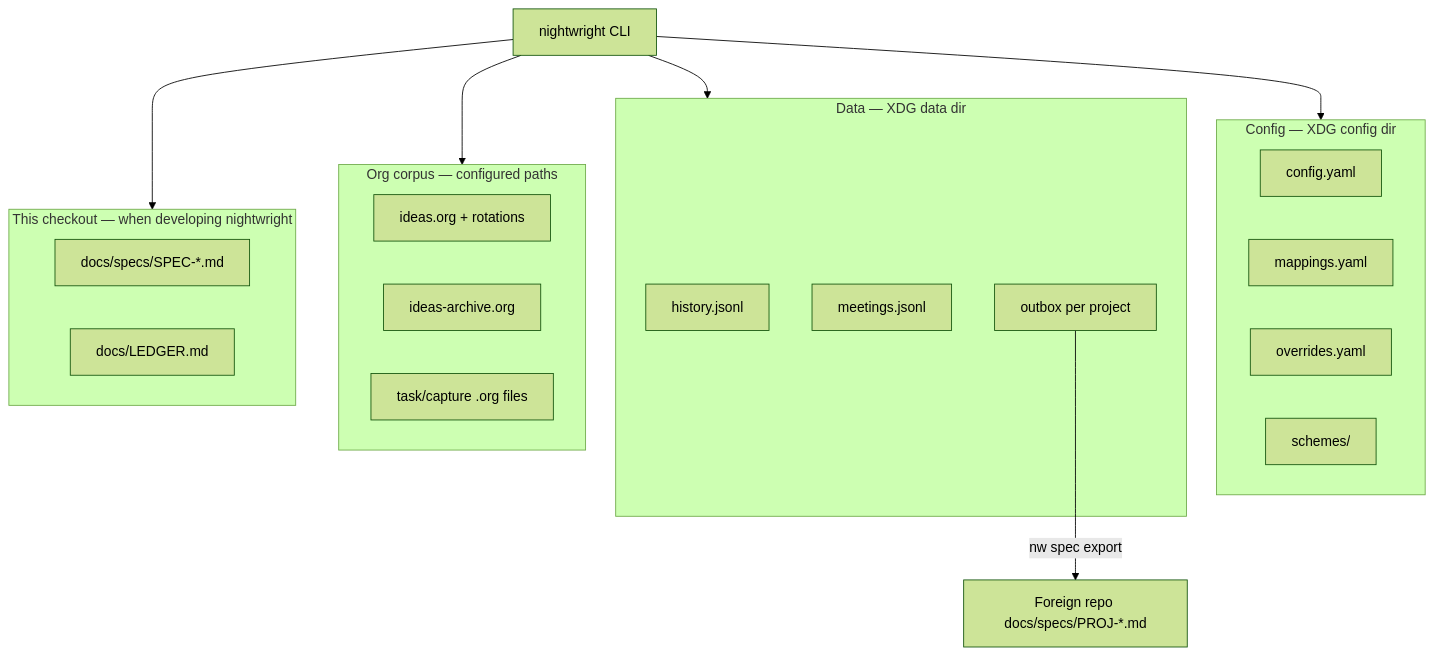
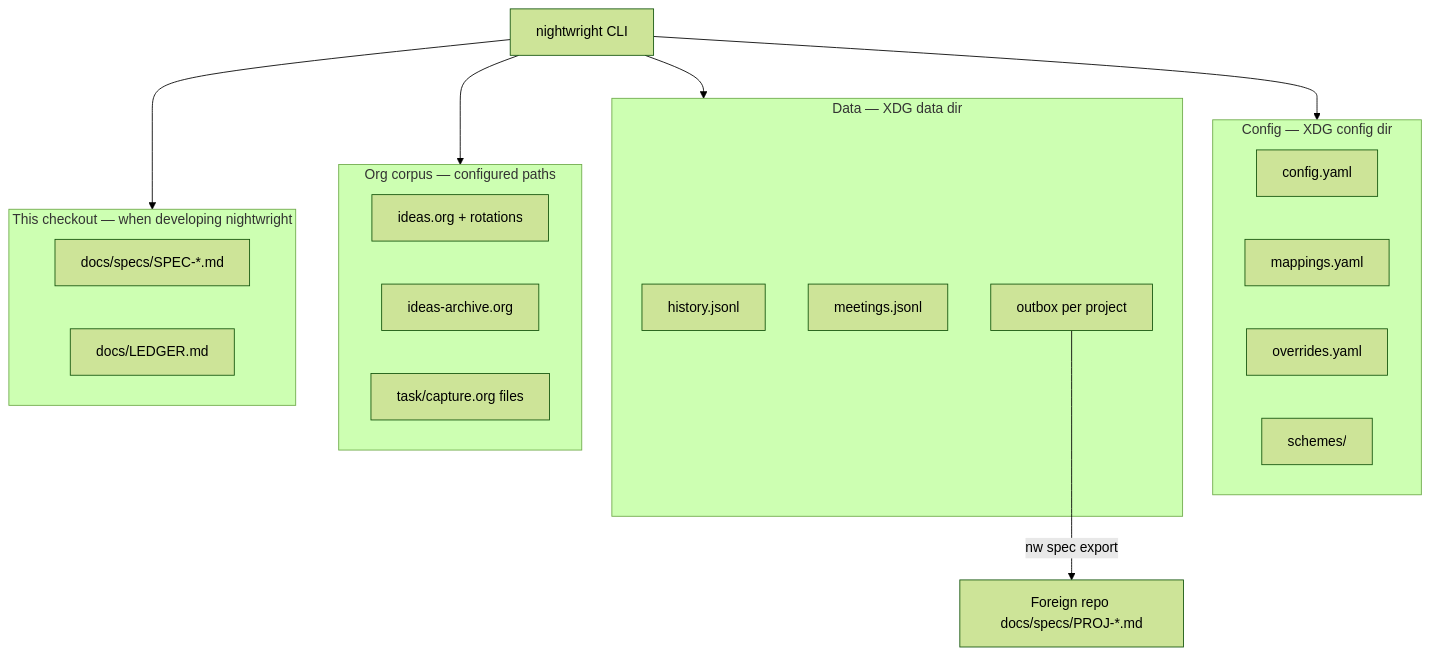
The first of 2 diagrams in docs/product/concepts/architecture.md (brunosmmm/nightwright), drawn with Mermaid (forest theme) before and after one commit. The commit also changed 38 other files, not shown here.

````diff
--- a/docs/product/concepts/architecture.md
+++ b/docs/product/concepts/architecture.md
@@ -5,28 +5,28 @@
 ```mermaid
 flowchart TB
   subgraph Config["Config — XDG config dir"]
     CY[config.yaml]
     MY[mappings.yaml]
     OY[overrides.yaml]
     SCH[schemes/]
   end
   subgraph Data["Data — XDG data dir"]
     HIST[history.jsonl]
     MEET[meetings.jsonl]
     OUT[outbox per project]
   end
   subgraph Org["Org corpus — configured paths"]
     IDEAS[ideas.org + rotations]
     ARCH[ideas-archive.org]
-    TASKS[task/capture .org files]
+    TASKS[task/capture.org files]
   end
   subgraph Repo["This checkout — when developing nightwright"]
     SPECS[docs/specs/SPEC-*.md]
     LEDGER[docs/LEDGER.md]
   end
   CLI[nightwright CLI] --> Config
   CLI --> Data
   CLI --> Org
   CLI --> Repo
   OUT -->|nw spec export| Foreign[Foreign repo docs/specs/PROJ-*.md]
 ```
````
